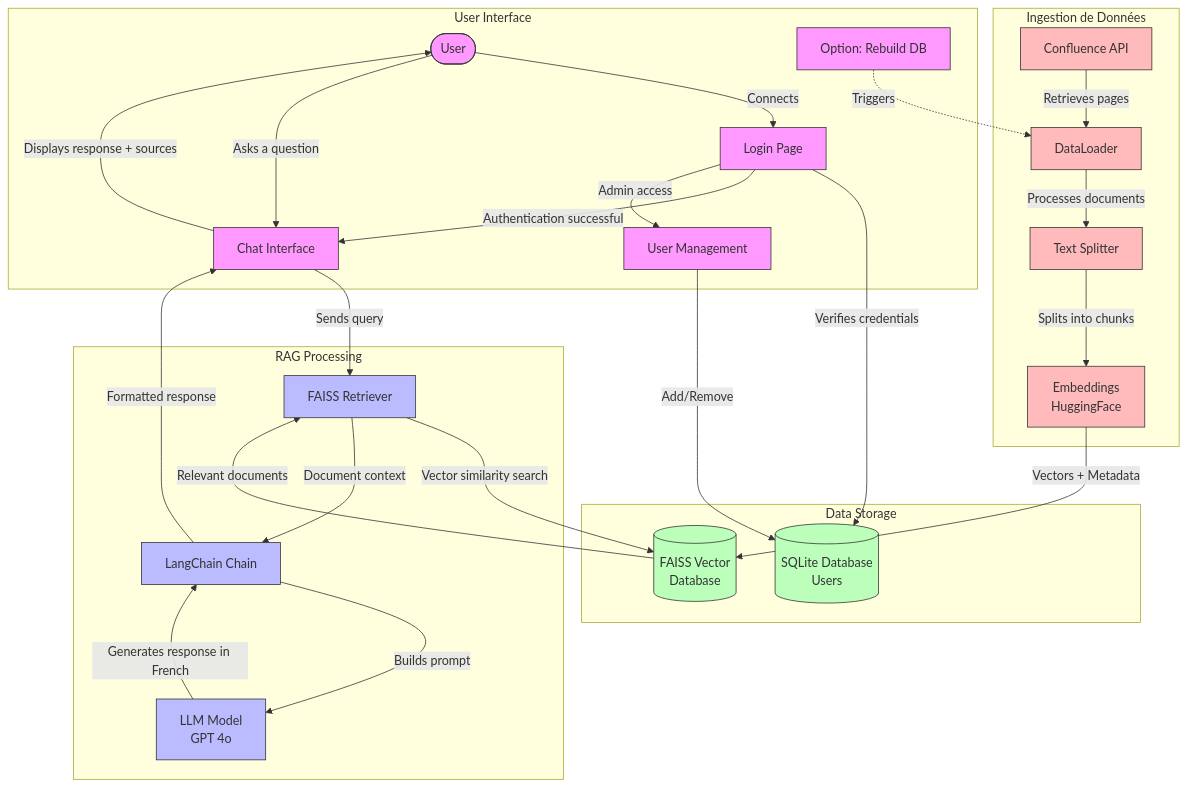
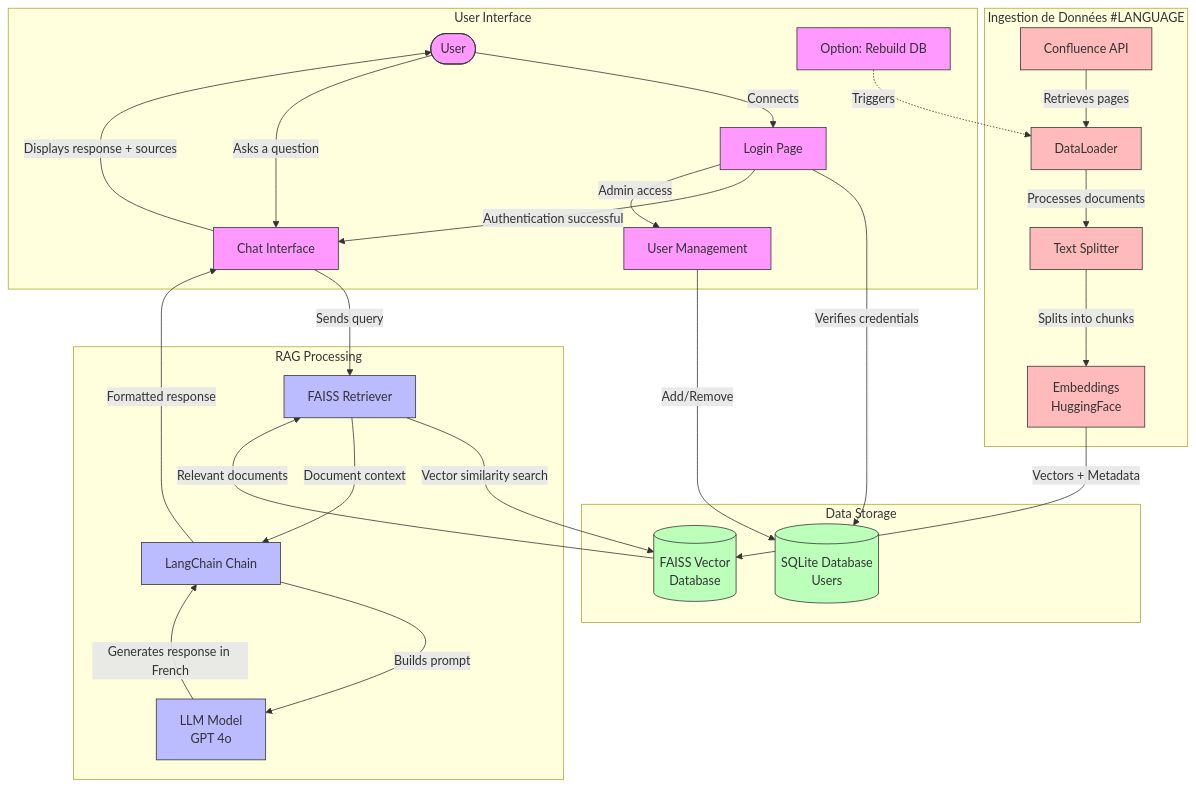
The diagram in flux_donnees.mmd (Isskar/Isschat), drawn with Mermaid before and after one commit. The commit also changed 8 other files, not shown here.

```diff
--- a/flux_donnees.mmd
+++ b/flux_donnees.mmd
@@ -1,70 +1,70 @@
 graph TD
     %% Users and Interface
     User([User]) -->|Connects| Login[Login Page]
     Login -->|Verifies credentials| AuthDB[(SQLite Database<br>Users)]
     Login -->|Authentication successful| Chat[Chat Interface]
     Login -->|Admin access| Admin[User Management]
     
     %% Question Flow
     User -->|Asks a question| Chat
     Chat -->|Sends query| Retriever[FAISS Retriever]
     
     %% Document Search
     Retriever -->|Vector similarity search| VectorDB[(FAISS Vector<br>Database)]
     VectorDB -->|Relevant documents| Retriever
     
     %% Response Generation
     Retriever -->|Document context| Chain[LangChain Chain]
     Chain -->|Builds prompt| LLM[LLM Model<br>GPT 4o]
     LLM -->|Generates response in French| Chain
     Chain -->|Formatted response| Chat
     Chat -->|Displays response + sources| User
     
     %% Database Initialization and Update
     ConfluenceAPI[Confluence API] -->|Retrieves pages| DataLoader[DataLoader]
     DataLoader -->|Processes documents| TextSplitter[Text Splitter]
     TextSplitter -->|Splits into chunks| Embedder[Embeddings<br>HuggingFace]
     Embedder -->|Vectors + Metadata| VectorDB
     
     %% User Management
     Admin -->|Add/Remove| AuthDB
     
     %% Advanced Options
     RebuildDB[Option: Rebuild DB] -.->|Triggers| DataLoader
     
     %% Subgraphs for organization
     subgraph "User Interface"
         User
         Login
         Chat
         Admin
         RebuildDB
     end
     
     subgraph "RAG Processing"
         Retriever
         Chain
         LLM
     end
     
     subgraph "Data Storage"
         VectorDB
         AuthDB
     end
     
-    subgraph "Ingestion de Données"
+    subgraph "Ingestion de Données"  #LANGUAGE
         ConfluenceAPI
         DataLoader
         TextSplitter
         Embedder
     end
     
     classDef interface fill:#f9f,stroke:#333,stroke-width:1px
     classDef processing fill:#bbf,stroke:#333,stroke-width:1px
     classDef storage fill:#bfb,stroke:#333,stroke-width:1px
     classDef ingestion fill:#fbb,stroke:#333,stroke-width:1px
     
     class User,Login,Chat,Admin,RebuildDB interface
     class Retriever,Chain,LLM processing
     class VectorDB,AuthDB storage
     class ConfluenceAPI,DataLoader,TextSplitter,Embedder ingestion
```
